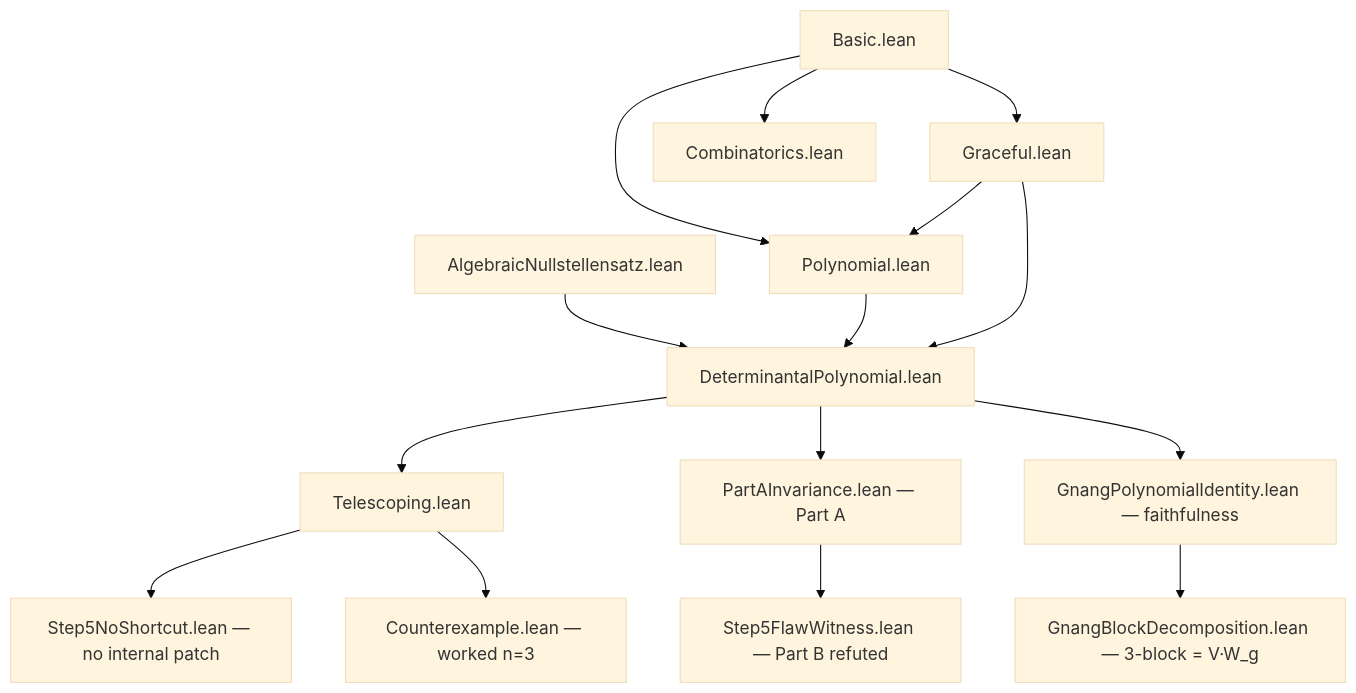
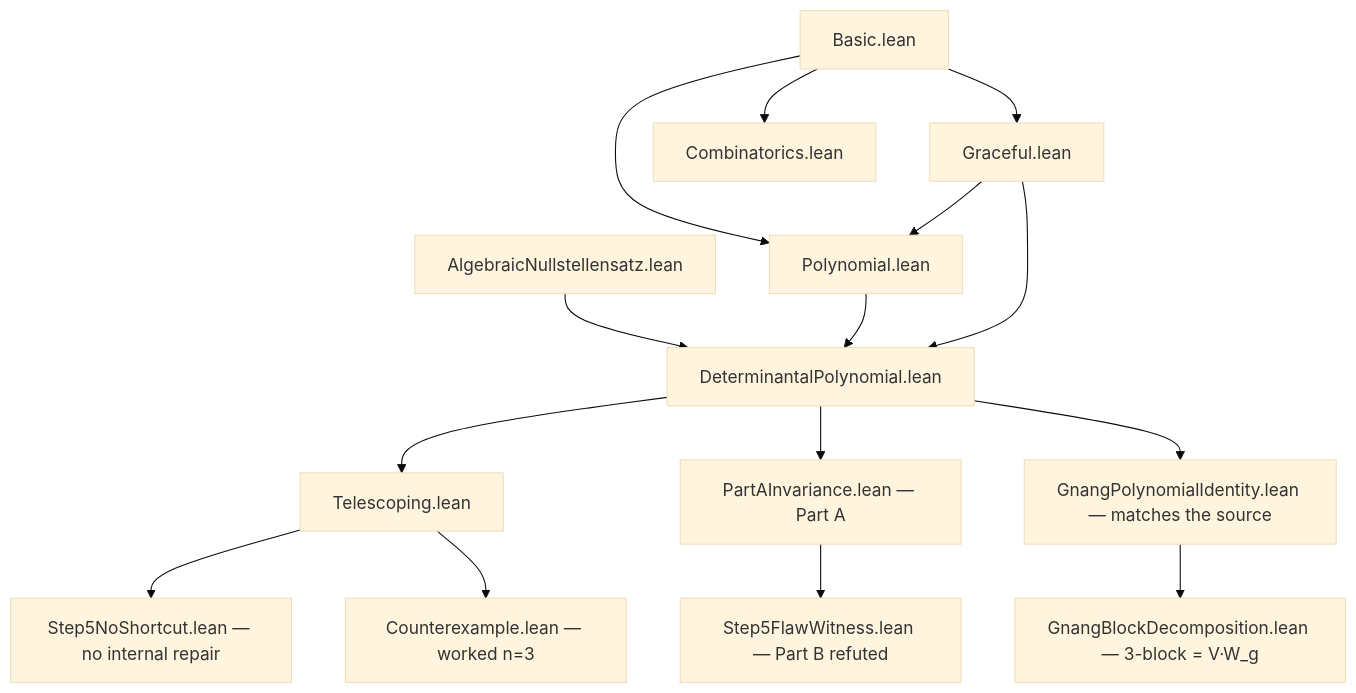
The diagram in README.md (Doublew08/KRR), drawn with Mermaid (base theme) before and after one commit. The commit also changed other lines of this file and 5 other files, not shown here.

````diff
--- a/README.md
+++ b/README.md
@@ -112,17 +109,17 @@
 ```mermaid
 graph TD
     B["Basic.lean"] --> G["Graceful.lean"]
     B --> C["Combinatorics.lean"]
     B --> Po["Polynomial.lean"]
     G --> Po
     N["AlgebraicNullstellensatz.lean"] --> P["DeterminantalPolynomial.lean"]
     Po --> P
     G --> P
     P --> T["Telescoping.lean"]
     P --> X["PartAInvariance.lean — Part A"]
-    P --> ID["GnangPolynomialIdentity.lean — faithfulness"]
+    P --> ID["GnangPolynomialIdentity.lean — matches the source"]
     ID --> BL["GnangBlockDecomposition.lean — 3-block = V·W_g"]
-    T --> NS["Step5NoShortcut.lean — no internal patch"]
+    T --> NS["Step5NoShortcut.lean — no internal repair"]
     X --> FW["Step5FlawWitness.lean — Part B refuted"]
     T --> Y["Counterexample.lean — worked n=3"]
 ```
````
